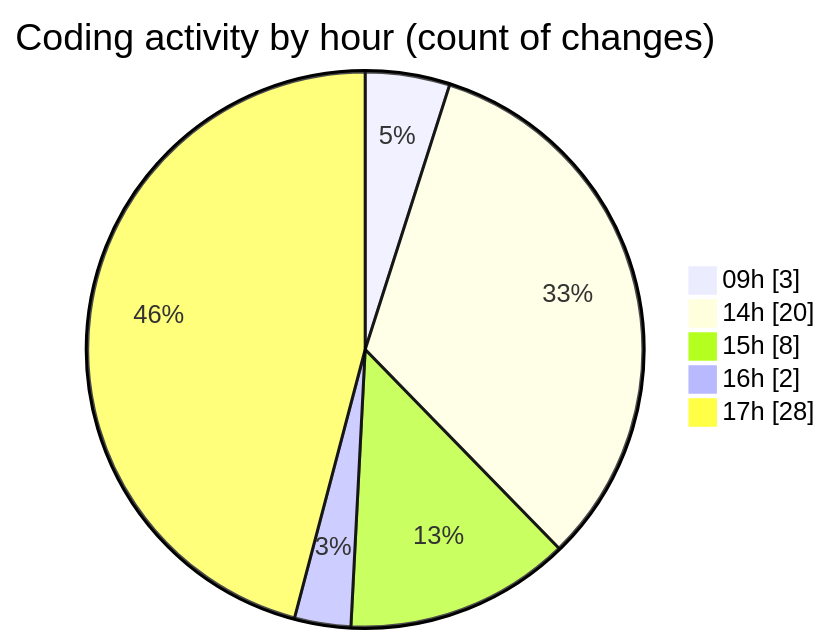
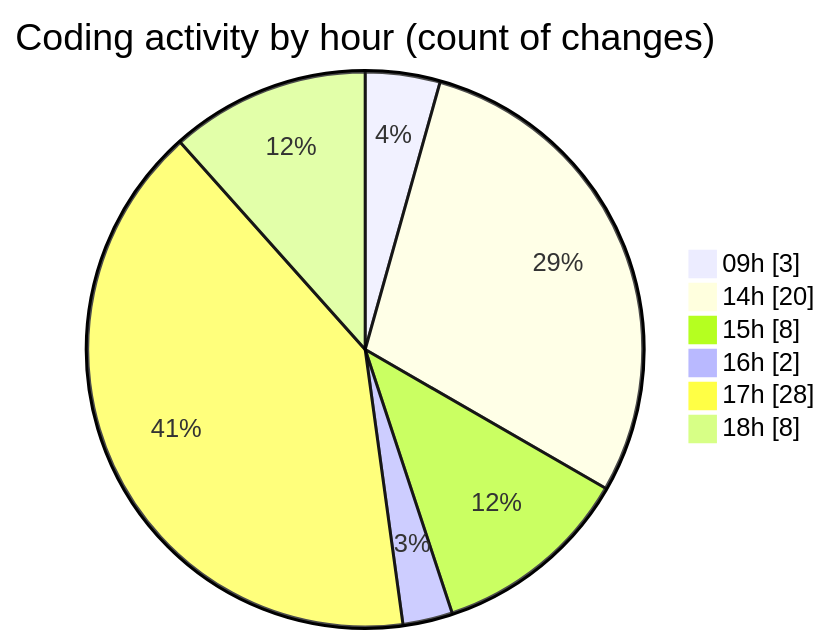
One commit to julien-gomy/code-tracking changed the second of 2 diagrams in 2025-10-14/eventscop-frontend-guide__workspace_/README.md. Above: the diagram before and after it, drawn with Mermaid. The commit also changed other lines of this file and 1 other file, not shown here.

````diff
--- a/2025-10-14/eventscop-frontend-guide__workspace_/README.md
+++ b/2025-10-14/eventscop-frontend-guide__workspace_/README.md
@@ -45,9 +46,10 @@
 ```mermaid
 pie showData
 title Coding activity by hour (count of changes)
 "09h" : 3
 "14h" : 20
 "15h" : 8
 "16h" : 2
 "17h" : 28
+"18h" : 8
 ```
````
